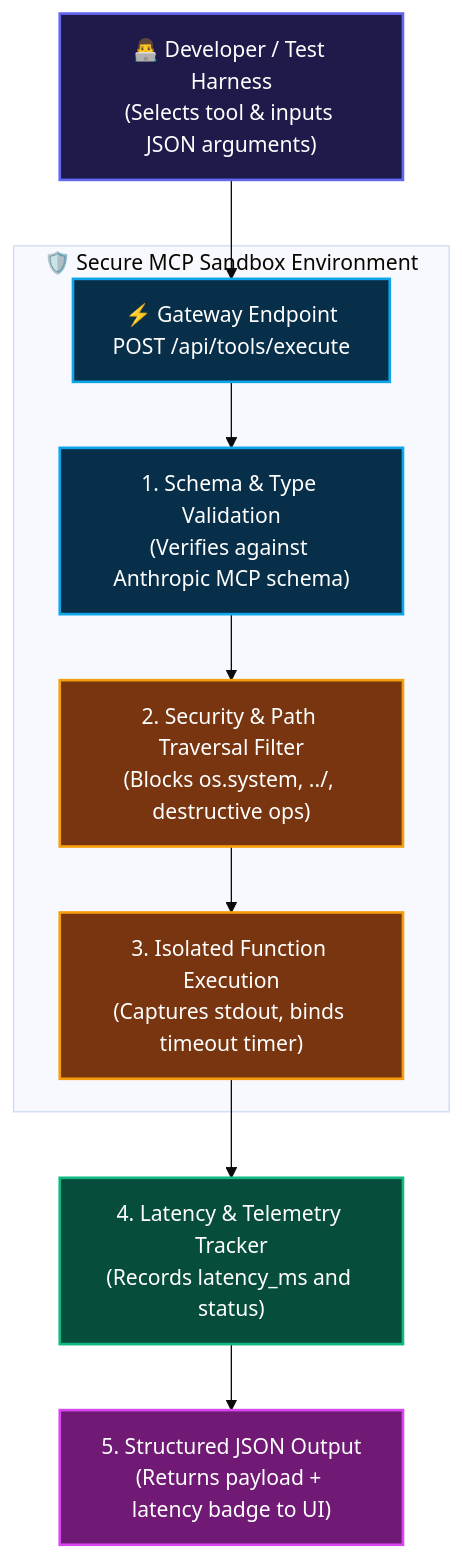
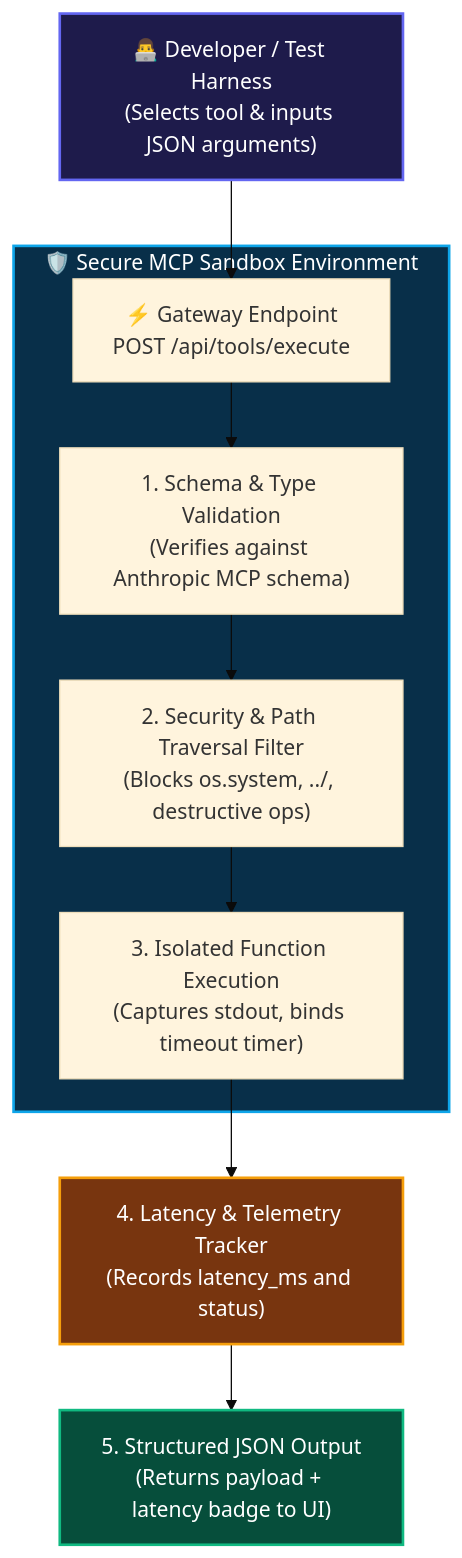
One commit to vdonthireddy/agentic-ai changed the diagram in docs/03_mcp_tools_sandbox.md. Above: the diagram before and after it, drawn with Mermaid (base theme). The commit also changed other lines of this file and 25 other files, not shown here.

````diff
--- a/docs/03_mcp_tools_sandbox.md
+++ b/docs/03_mcp_tools_sandbox.md
@@ -41,25 +52,24 @@
 ```mermaid
 flowchart TD
     Dev["👨‍💻 Developer / Test Harness\n(Selects tool & inputs JSON arguments)"] --> API["⚡ Gateway Endpoint\nPOST /api/tools/execute"]
     
     subgraph Sandbox["🛡️ Secure MCP Sandbox Environment"]
         API --> Val["1. Schema & Type Validation\n(Verifies against Anthropic MCP schema)"]
         Val --> Sec["2. Security & Path Traversal Filter\n(Blocks os.system, ../, destructive ops)"]
         Sec --> Runner["3. Isolated Function Execution\n(Captures stdout, binds timeout timer)"]
     end
 
     Runner --> Metrics["4. Latency & Telemetry Tracker\n(Records latency_ms and status)"]
     Metrics --> Resp["5. Structured JSON Output\n(Returns payload + latency badge to UI)"]
 
     classDef cIndigo fill:#1e1b4b,stroke:#6366f1,stroke-width:2px,color:#fff;
     classDef cCyan fill:#082f49,stroke:#0ea5e9,stroke-width:2px,color:#fff;
     classDef cAmber fill:#78350f,stroke:#f59e0b,stroke-width:2px,color:#fff;
     classDef cEmerald fill:#064e3b,stroke:#10b981,stroke-width:2px,color:#fff;
     classDef cFuchsia fill:#701a75,stroke:#d946ef,stroke-width:2px,color:#fff;
 
     class Dev cIndigo;
-    class API,Val cCyan;
-    class Sec,Runner cAmber;
-    class Metrics cEmerald;
-    class Resp cFuchsia;
+    class Sandbox cCyan;
+    class Metrics cAmber;
+    class Resp cEmerald;
 ```
````
